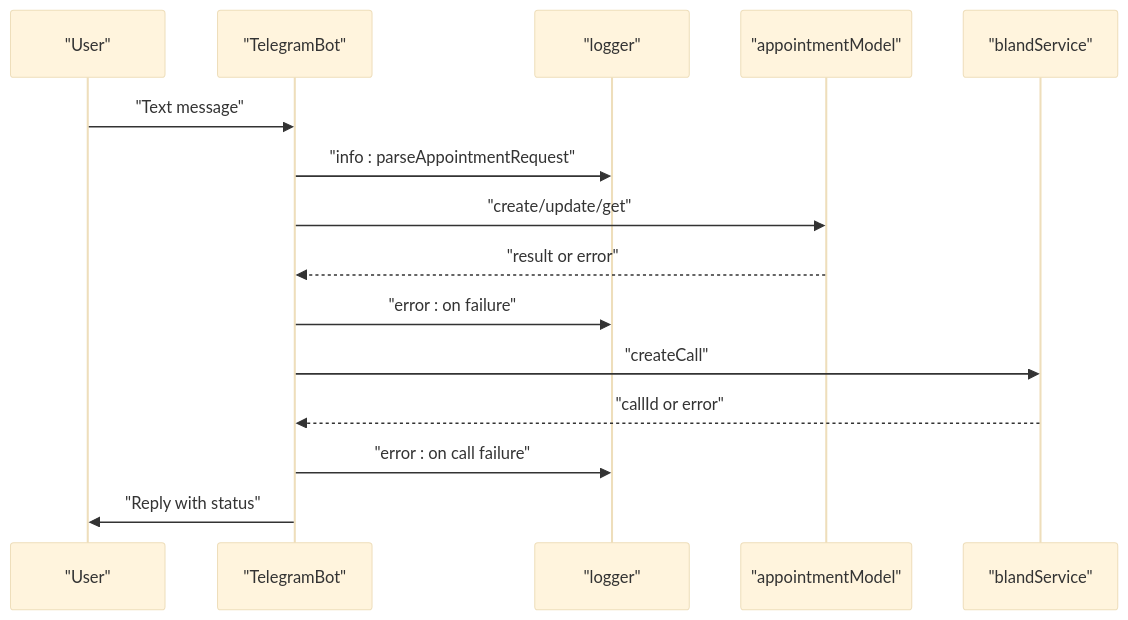
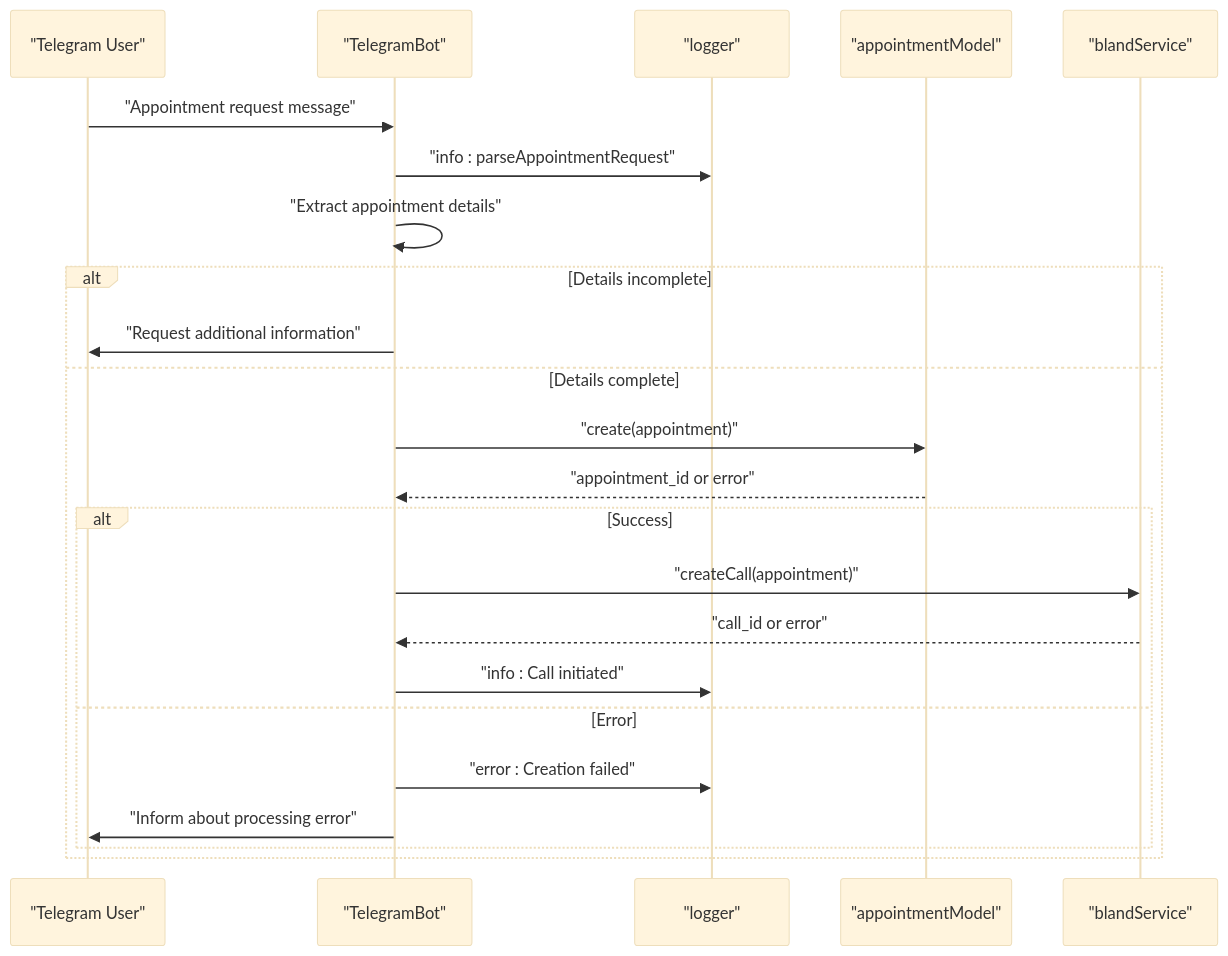
Before and after one commit to Armanda888/appointment-voice-agent: the sixth of 9 diagrams in .qoder/repowiki/en/content/Logging and Monitoring.md, drawn with Mermaid (base theme). The commit also changed other lines of this file and 14 other files, not shown here.

````diff
--- a/.qoder/repowiki/en/content/Logging and Monitoring.md
+++ b/.qoder/repowiki/en/content/Logging and Monitoring.md
@@ -240,17 +308,25 @@
 ```mermaid
 sequenceDiagram
-participant User as "User"
+participant User as "Telegram User"
 participant Bot as "TelegramBot"
 participant Logger as "logger"
 participant Model as "appointmentModel"
 participant Bland as "blandService"
-User->>Bot : "Text message"
+User->>Bot : "Appointment request message"
 Bot->>Logger : "info : parseAppointmentRequest"
-Bot->>Model : "create/update/get"
-Model-->>Bot : "result or error"
-Bot->>Logger : "error : on failure"
-Bot->>Bland : "createCall"
-Bland-->>Bot : "callId or error"
-Bot->>Logger : "error : on call failure"
-Bot->>User : "Reply with status"
+Bot->>Bot : "Extract appointment details"
+alt Details incomplete
+Bot->>User : "Request additional information"
+else Details complete
+Bot->>Model : "create(appointment)"
+Model-->>Bot : "appointment_id or error"
+alt Success
+Bot->>Bland : "createCall(appointment)"
+Bland-->>Bot : "call_id or error"
+Bot->>Logger : "info : Call initiated"
+else Error
+Bot->>Logger : "error : Creation failed"
+Bot->>User : "Inform about processing error"
+end
+end
 ```
````
